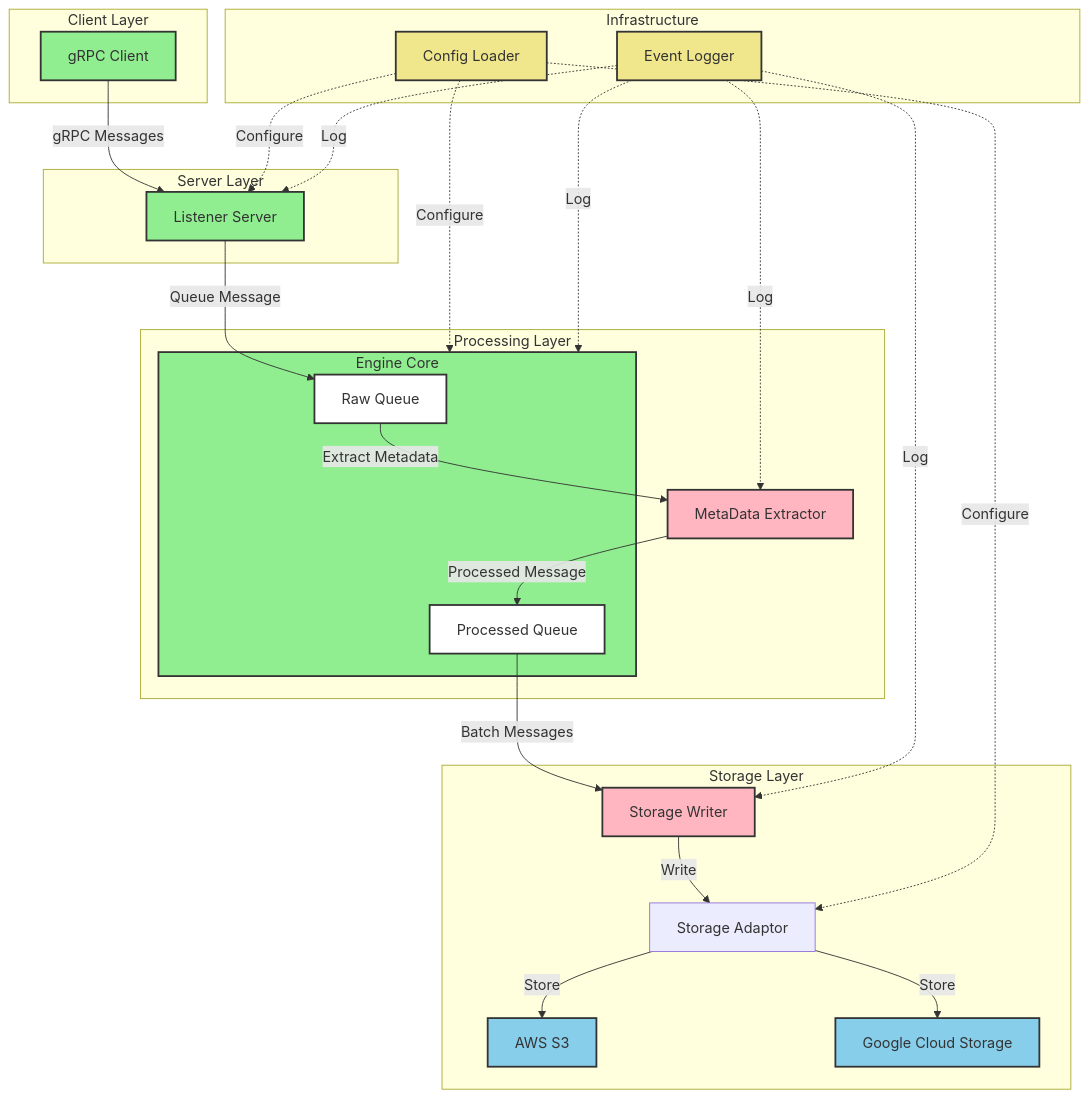
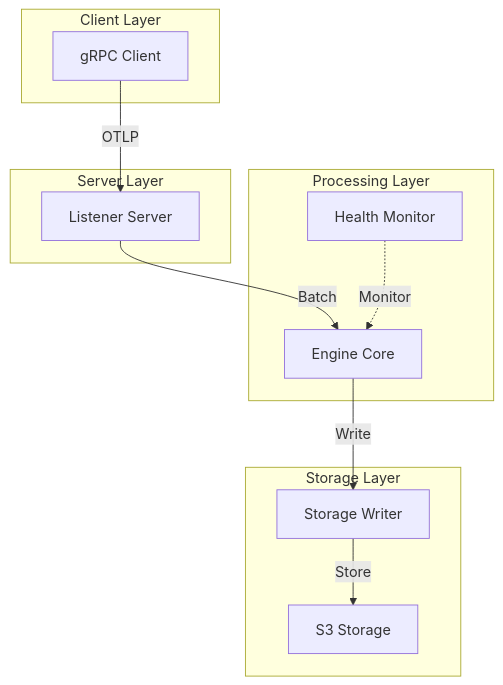
Before and after one commit to shivanshuraj1333/storage-engine: the diagram in Readme.md, drawn with Mermaid. The commit also changed other lines of this file and 19 other files, not shown here.

Commit message:
feat: s3 read and write gRPC and webserver implementaion

````diff
--- a/Readme.md
+++ b/Readme.md
@@ -8,64 +60,26 @@
 ```mermaid
 graph TD
     subgraph Client Layer
         Client[gRPC Client]
     end
 
     subgraph Server Layer
         LS[Listener Server]
     end
 
     subgraph Processing Layer
-        subgraph Core["Engine Core"]
-            RQ[Raw Queue]
-            PQ[Processed Queue]
-        end
-        ME[MetaData Extractor]
+        Core[Engine Core]
+        Health[Health Monitor]
     end
 
     subgraph Storage Layer
         SW[Storage Writer]
-        SA[Storage Adaptor]
-        S3[AWS S3]
-        GCS[Google Cloud Storage]
+        S3[S3 Storage]
     end
 
-    subgraph Infrastructure
-        CL[Config Loader]
-        EL[Event Logger]
-    end
-
-    %% Main Data Flow
-    Client -->|gRPC Messages| LS
-    LS -->|Queue Message| RQ
-    RQ -->|Extract Metadata| ME
-    ME -->|Processed Message| PQ
-    PQ -->|Batch Messages| SW
-    SW -->|Write| SA
-    SA -->|Store| S3
-    SA -->|Store| GCS
-
-    %% Infrastructure Connections
-    CL -.->|Configure|LS
-    CL -.->|Configure|Core
-    CL -.->|Configure|SA
-    EL -.->|Log|LS
-    EL -.->|Log|Core
-    EL -.->|Log|ME
-    EL -.->|Log|SW
-
-    %% Styling
-    classDef implemented fill:#90EE90,stroke:#333,stroke-width:2px
-    classDef inProgress fill:#FFB6C1,stroke:#333,stroke-width:2px
-    classDef planned fill:#87CEEB,stroke:#333,stroke-width:2px
-    classDef queue fill:#FFF,stroke:#333,stroke-width:2px
-    classDef infrastructure fill:#F0E68C,stroke:#333,stroke-width:2px
-
-    %% Apply styles
-    class Client,LS implemented
-    class RQ,PQ queue
-    class ME,SW inProgress
-    class S3,GCS planned
-    class CL,EL infrastructure
-    class Core implemented
+    Client -->|OTLP| LS
+    LS -->|Batch| Core
+    Core -->|Write| SW
+    SW -->|Store| S3
+    Health -.->|Monitor| Core
 ```
````
